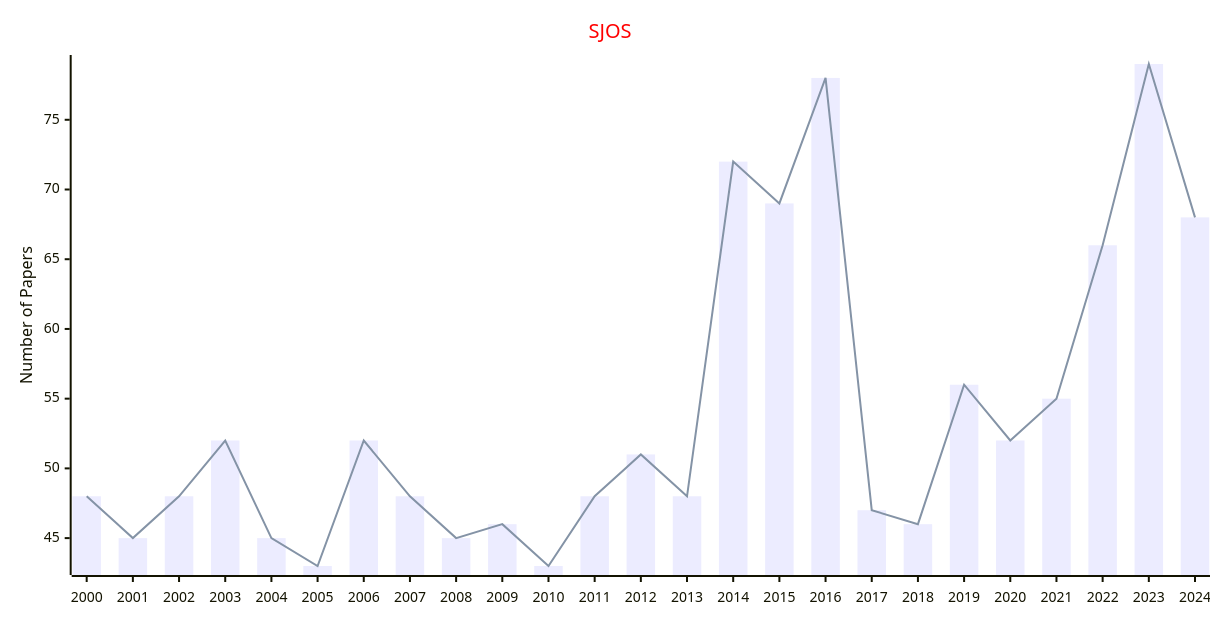
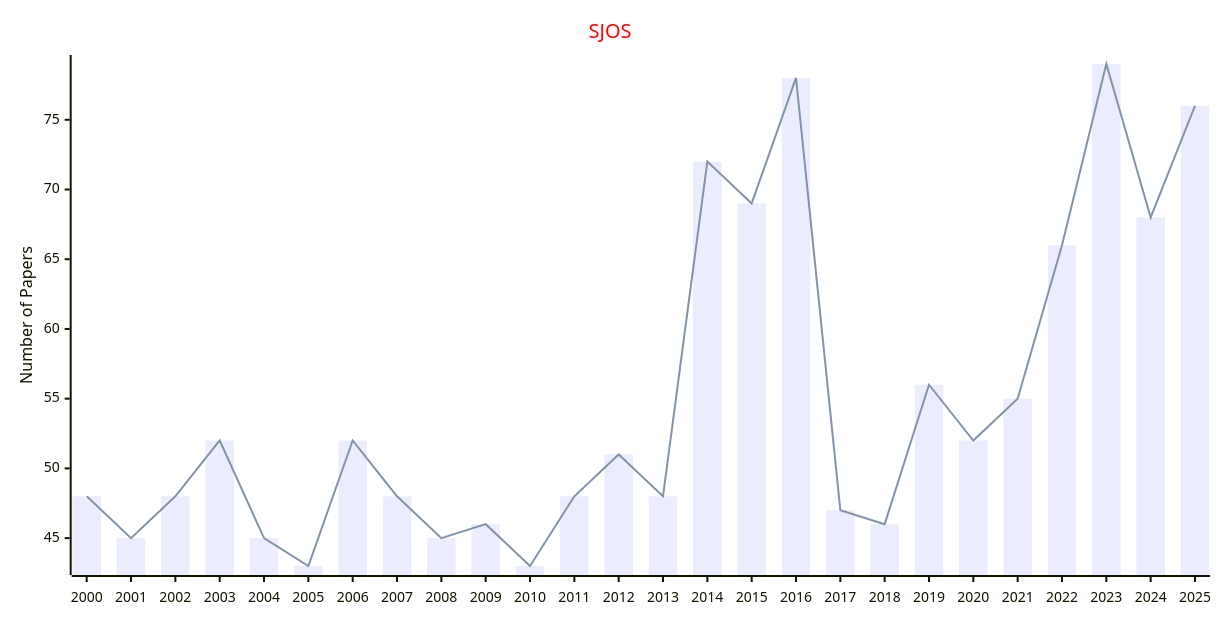
One commit to Easy-PhD/AILinks changed the sixth of 6 diagrams in docs/data/Journals/Statistics_Journals/Statistics.md. Above: the diagram before and after it, drawn with Mermaid. The commit also changed other lines of this file and 107 other files, not shown here.

````diff
--- a/docs/data/Journals/Statistics_Journals/Statistics.md
+++ b/docs/data/Journals/Statistics_Journals/Statistics.md
@@ -135,17 +135,17 @@
 ```mermaid
 ---
 config:
     xyChart:
         width: 1200
         height: 600
     themeVariables:
         xyChart:
             titleColor: "#ff0000"
 ---
 xychart-beta
     title "SJOS"
-    x-axis [2000, 2001, 2002, 2003, 2004, 2005, 2006, 2007, 2008, 2009, 2010, 2011, 2012, 2013, 2014, 2015, 2016, 2017, 2018, 2019, 2020, 2021, 2022, 2023, 2024]
+    x-axis [2000, 2001, 2002, 2003, 2004, 2005, 2006, 2007, 2008, 2009, 2010, 2011, 2012, 2013, 2014, 2015, 2016, 2017, 2018, 2019, 2020, 2021, 2022, 2023, 2024, 2025]
     y-axis "Number of Papers"
-    bar [48, 45, 48, 52, 45, 43, 52, 48, 45, 46, 43, 48, 51, 48, 72, 69, 78, 47, 46, 56, 52, 55, 66, 79, 68]
-    line [48, 45, 48, 52, 45, 43, 52, 48, 45, 46, 43, 48, 51, 48, 72, 69, 78, 47, 46, 56, 52, 55, 66, 79, 68]
+    bar [48, 45, 48, 52, 45, 43, 52, 48, 45, 46, 43, 48, 51, 48, 72, 69, 78, 47, 46, 56, 52, 55, 66, 79, 68, 76]
+    line [48, 45, 48, 52, 45, 43, 52, 48, 45, 46, 43, 48, 51, 48, 72, 69, 78, 47, 46, 56, 52, 55, 66, 79, 68, 76]
 ```
````
